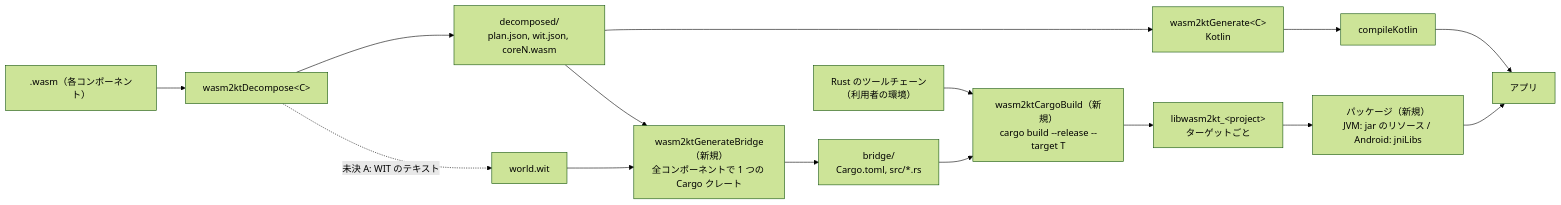
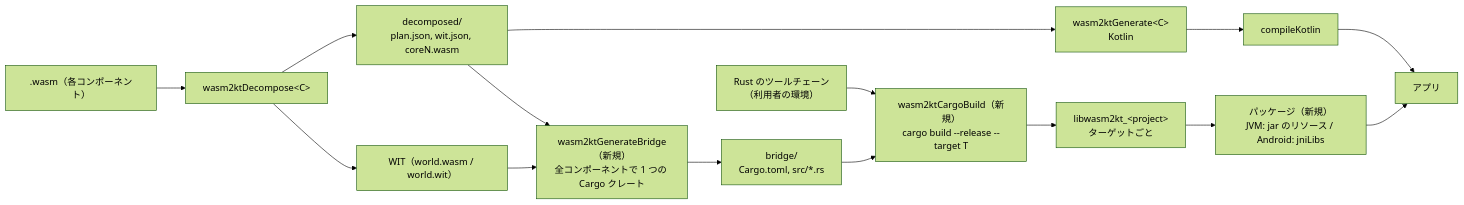
One commit to chikoski/wasm-component-kotlin changed the third of 3 diagrams in docs/build-pipeline.md. Above: the diagram before and after it, drawn with Mermaid (forest theme). The commit also changed other lines of this file and 1 other file, not shown here.

First line of the commit message:
docs(adr): settle WIT extraction and cargo for the typed bridge (ADR-0015)

````diff
--- a/docs/build-pipeline.md
+++ b/docs/build-pipeline.md
@@ -82,17 +83,17 @@
 ```mermaid
 flowchart LR
     wasm[".wasm（各コンポーネント）"] --> D["wasm2ktDecompose&lt;C&gt;"]
     D --> dec["decomposed/<br/>plan.json, wit.json, coreN.wasm"]
-    D -. "未決 A: WIT のテキスト" .-> wit["world.wit"]
+    D --> wit["WIT（world.wasm / world.wit）"]
     dec --> G["wasm2ktGenerate&lt;C&gt;<br/>Kotlin"]
     dec --> R["wasm2ktGenerateBridge（新規）<br/>全コンポーネントで 1 つの Cargo クレート"]
     wit --> R
     R --> crate["bridge/<br/>Cargo.toml, src/*.rs"]
     crate --> B["wasm2ktCargoBuild（新規）<br/>cargo build --release --target T"]
     tc["Rust のツールチェーン<br/>（利用者の環境）"] --> B
     B --> so["libwasm2kt_&lt;project&gt;<br/>ターゲットごと"]
     so --> P["パッケージ（新規）<br/>JVM: jar のリソース / Android: jniLibs"]
     G --> K["compileKotlin"]
     P --> app["アプリ"]
     K --> app
 ```
````
